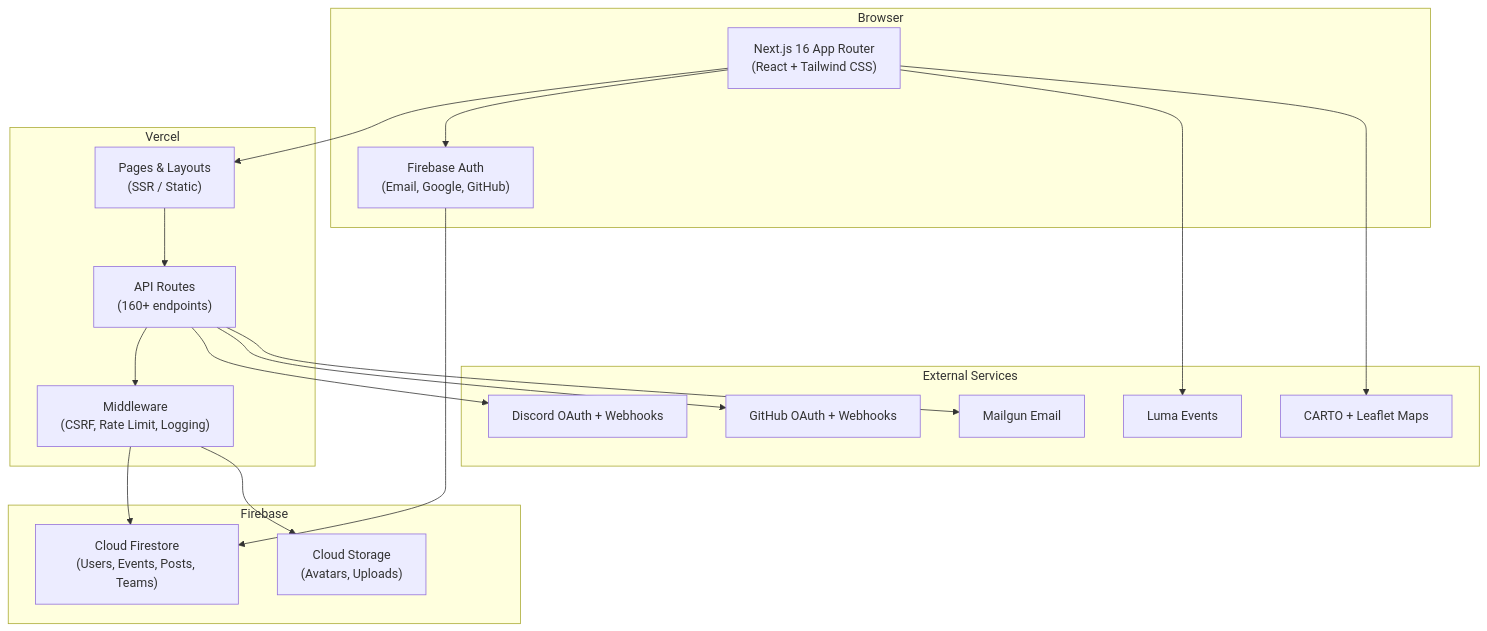
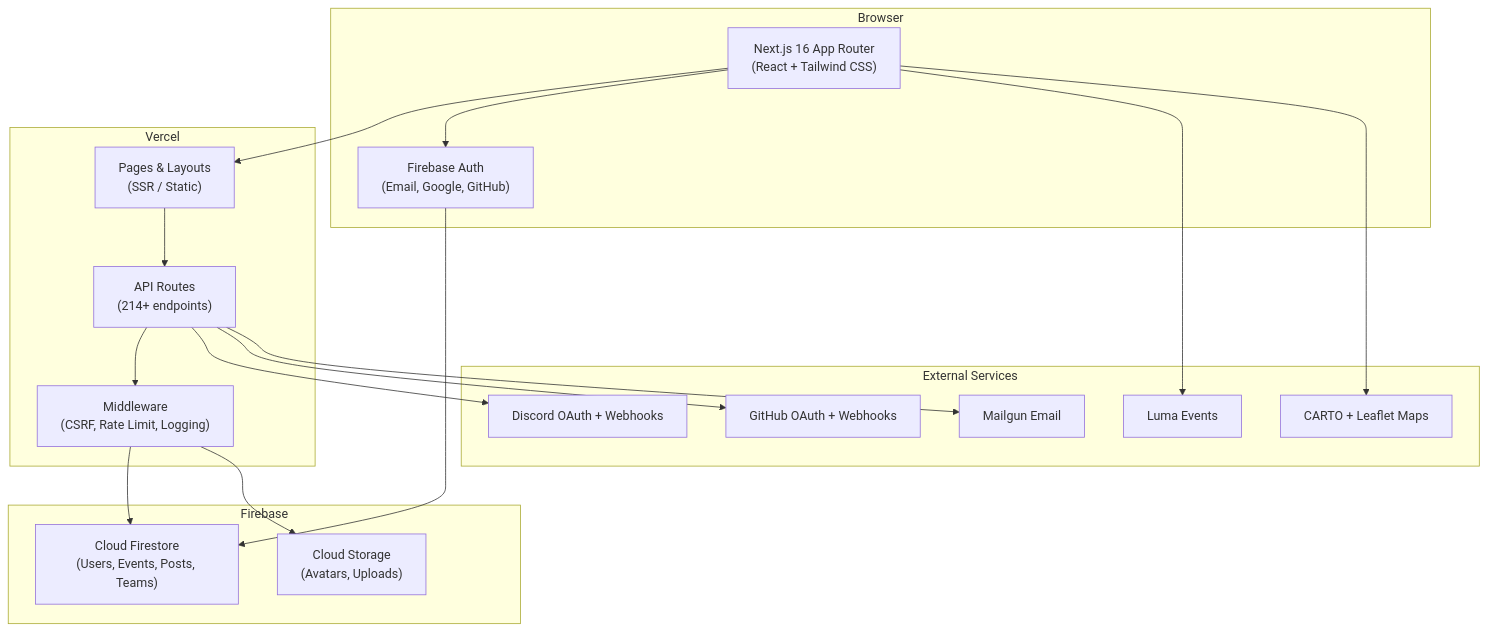
Before and after one commit to rogerSuperBuilderAlpha/cursor-boston: the diagram in README.md, drawn with Mermaid. The commit also changed other lines of this file and 3 other files, not shown here.

````diff
--- a/README.md
+++ b/README.md
@@ -68,39 +77,39 @@
 ```mermaid
 graph TB
     subgraph Client["Browser"]
         UI["Next.js 16 App Router<br/>(React + Tailwind CSS)"]
         Auth["Firebase Auth<br/>(Email, Google, GitHub)"]
     end
 
     subgraph Vercel["Vercel"]
         Pages["Pages & Layouts<br/>(SSR / Static)"]
-        API["API Routes<br/>(160+ endpoints)"]
+        API["API Routes<br/>(214+ endpoints)"]
         MW["Middleware<br/>(CSRF, Rate Limit, Logging)"]
     end
 
     subgraph Firebase["Firebase"]
         Firestore["Cloud Firestore<br/>(Users, Events, Posts, Teams)"]
         Storage["Cloud Storage<br/>(Avatars, Uploads)"]
     end
 
     subgraph External["External Services"]
         Discord["Discord OAuth + Webhooks"]
         GitHub["GitHub OAuth + Webhooks"]
         Luma["Luma Events"]
         Mailgun["Mailgun Email"]
         Leaflet["CARTO + Leaflet Maps"]
     end
 
     UI --> Pages
     UI --> Auth
     Auth --> Firestore
     Pages --> API
     API --> MW
     MW --> Firestore
     MW --> Storage
     API --> Discord
     API --> GitHub
     API --> Mailgun
     UI --> Luma
     UI --> Leaflet
 ```
````
